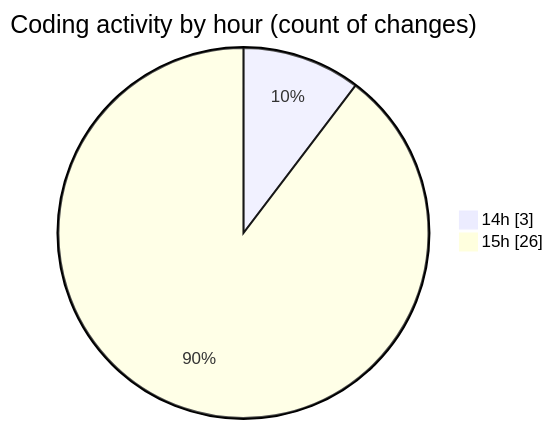
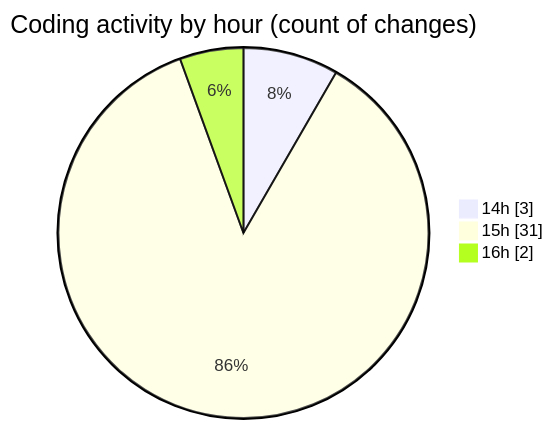
Before and after one commit to idhammustaqopulfikri/code-tracking: the second of 2 diagrams in 2025-05-30/studio-backend/README.md, drawn with Mermaid. The commit also changed other lines of this file and 1 other file, not shown here.

````diff
--- a/2025-05-30/studio-backend/README.md
+++ b/2025-05-30/studio-backend/README.md
@@ -39,6 +39,7 @@
 ```mermaid
 pie showData
 title Coding activity by hour (count of changes)
 "14h" : 3
-"15h" : 26
+"15h" : 31
+"16h" : 2
 ```
````
